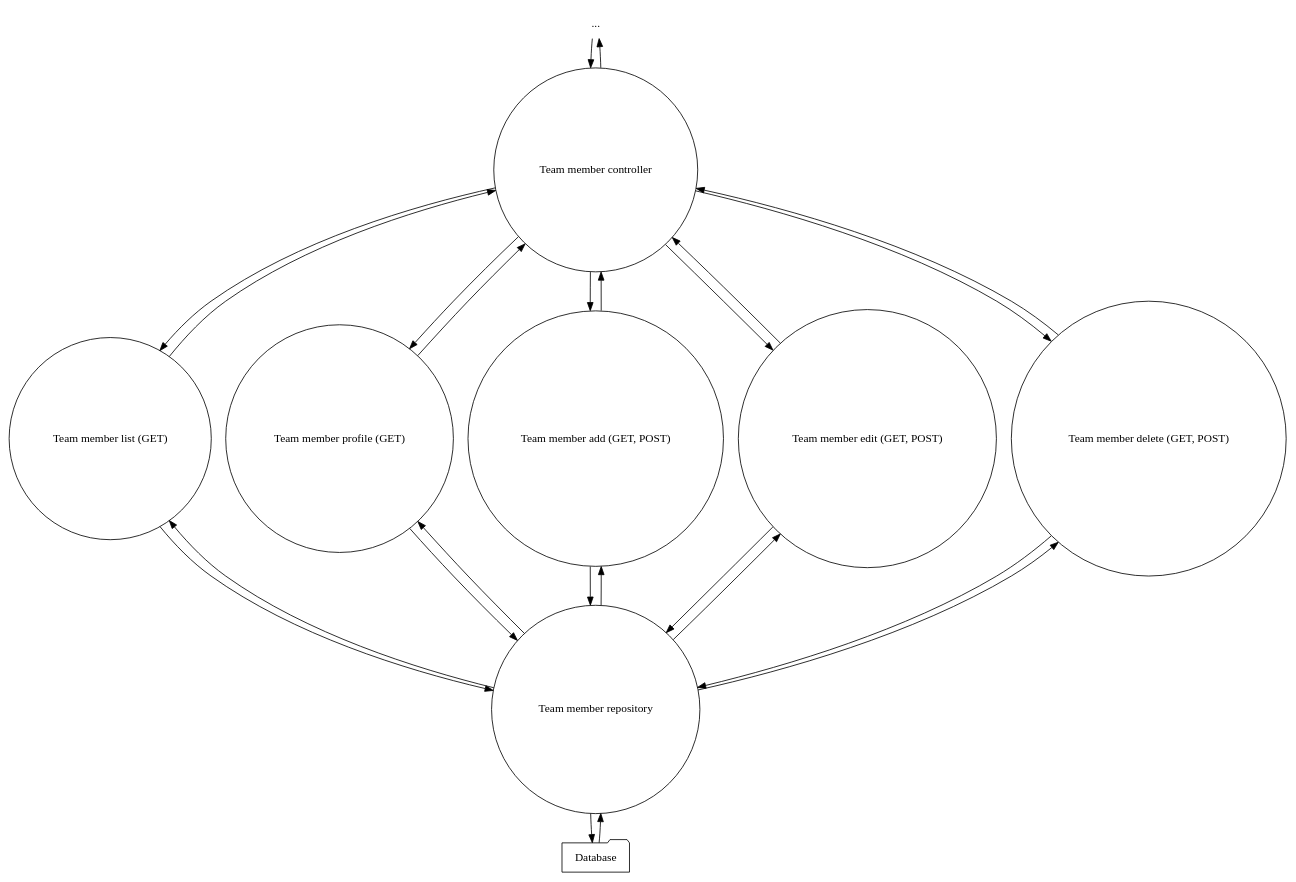
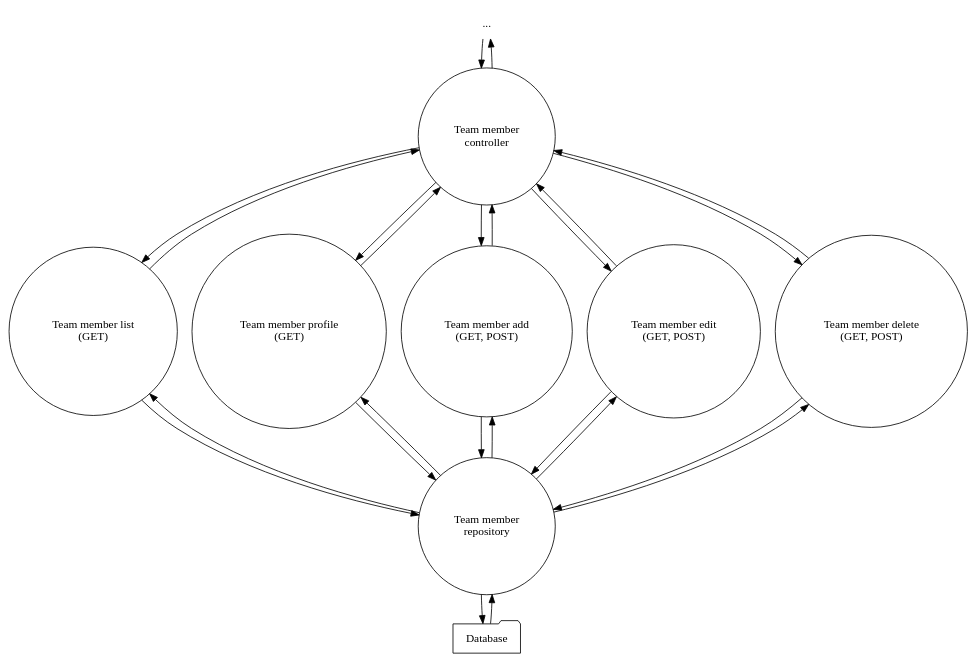
One commit to luke-hamann/stc-cis-248 changed the diagram in design/data_flow_diagrams/level_3.1_team_members.dot. Above: the diagram before and after it, drawn with Graphviz. The commit also changed 13 other files, not shown here.

```diff
--- a/design/data_flow_diagrams/level_3.1_team_members.dot
+++ b/design/data_flow_diagrams/level_3.1_team_members.dot
@@ -1,36 +1,36 @@
 digraph data_flow_diagram {
     node [ shape = circle ]
     
     "..." [ shape = none ]
     
-    "..." -> "Team member controller" -> "..."
+    "..." -> "Team member\ncontroller" -> "..."
     
-    "Team member controller"
+    "Team member\ncontroller"
     
     subgraph actions {
         rank = same
         
-        "Team member list (GET)"
-        "Team member profile (GET)"
-        "Team member add (GET, POST)"
-        "Team member edit (GET, POST)"
-        "Team member delete (GET, POST)"
+        "Team member list\n(GET)"
+        "Team member profile\n(GET)"
+        "Team member add\n(GET, POST)"
+        "Team member edit\n(GET, POST)"
+        "Team member delete\n(GET, POST)"
     }
     
-    "Team member controller" -> {
-        "Team member list (GET)"
-        "Team member profile (GET)"
-        "Team member add (GET, POST)"
-        "Team member edit (GET, POST)"
-        "Team member delete (GET, POST)"
-    } -> "Team member controller"
+    "Team member\ncontroller" -> {
+        "Team member list\n(GET)"
+        "Team member profile\n(GET)"
+        "Team member add\n(GET, POST)"
+        "Team member edit\n(GET, POST)"
+        "Team member delete\n(GET, POST)"
+    } -> "Team member\ncontroller"
     
-    "Team member repository" -> {
-        "Team member list (GET)"
-        "Team member profile (GET)"
-        "Team member add (GET, POST)"
-        "Team member edit (GET, POST)"
-        "Team member delete (GET, POST)"
+    "Team member\nrepository" -> {
+        "Team member list\n(GET)"
+        "Team member profile\n(GET)"
+        "Team member add\n(GET, POST)"
+        "Team member edit\n(GET, POST)"
+        "Team member delete\n(GET, POST)"
         Database [ shape = folder ]
-    } -> "Team member repository"
+    } -> "Team member\nrepository"
 }
```
